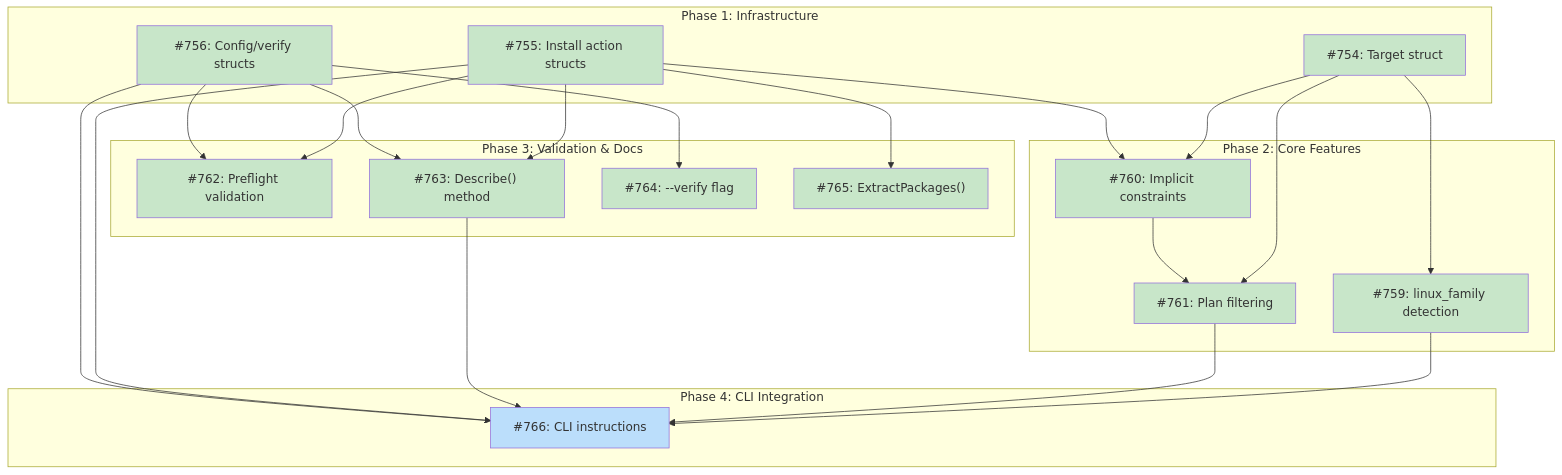
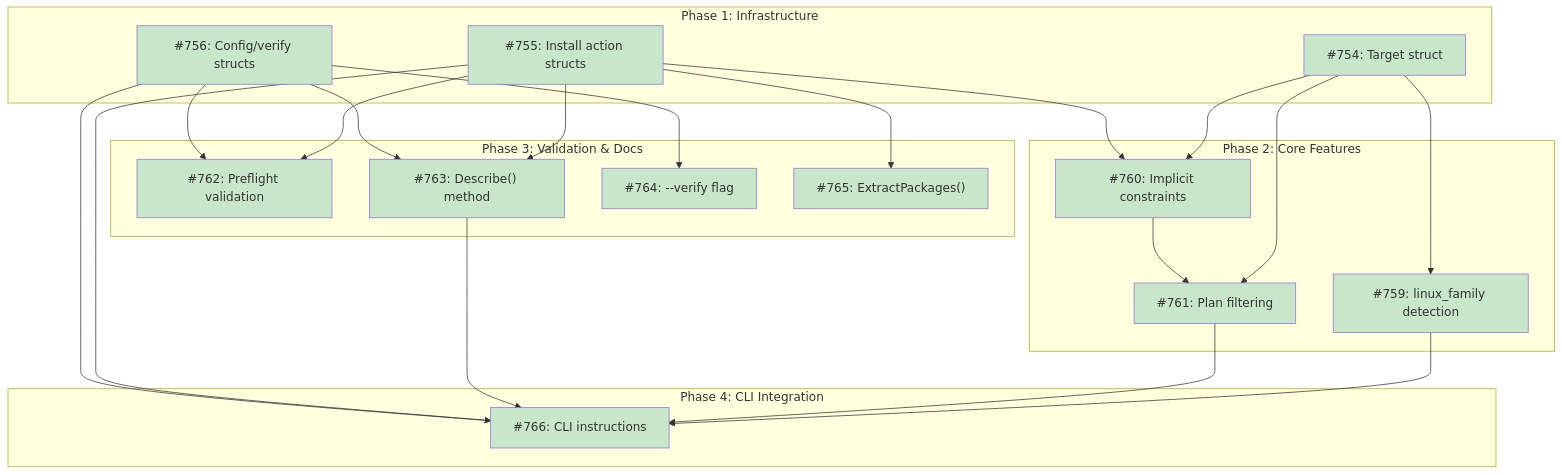
One commit to tsukumogami/tsuku changed the diagram in docs/DESIGN-system-dependency-actions.md. Above: the diagram before and after it, drawn with Mermaid. The commit also changed 5 other files, not shown here.

````diff
--- a/docs/DESIGN-system-dependency-actions.md
+++ b/docs/DESIGN-system-dependency-actions.md
@@ -27,50 +27,49 @@
 ```mermaid
 graph TD
     subgraph Phase1["Phase 1: Infrastructure"]
         I754["#754: Target struct"]
         I755["#755: Install action structs"]
         I756["#756: Config/verify structs"]
     end
 
     subgraph Phase2["Phase 2: Core Features"]
         I759["#759: linux_family detection"]
         I760["#760: Implicit constraints"]
         I761["#761: Plan filtering"]
     end
 
     subgraph Phase3["Phase 3: Validation & Docs"]
         I762["#762: Preflight validation"]
         I763["#763: Describe() method"]
         I764["#764: --verify flag"]
         I765["#765: ExtractPackages()"]
     end
 
     subgraph Phase4["Phase 4: CLI Integration"]
         I766["#766: CLI instructions"]
     end
 
     I754 --> I759
     I754 --> I760
     I755 --> I760
     I754 --> I761
     I760 --> I761
     I755 --> I762
     I756 --> I762
     I755 --> I763
     I756 --> I763
     I756 --> I764
     I755 --> I765
     I759 --> I766
     I761 --> I766
     I763 --> I766
     I755 --> I766
     I756 --> I766
 
     classDef done fill:#c8e6c9
     classDef ready fill:#bbdefb
     classDef blocked fill:#fff9c4
     classDef needsDesign fill:#e1bee7
 
-    class I754,I755,I756,I759,I760,I761,I762,I763,I764,I765 done
-    class I766 ready
+    class I754,I755,I756,I759,I760,I761,I762,I763,I764,I765,I766 done
 ```
````
